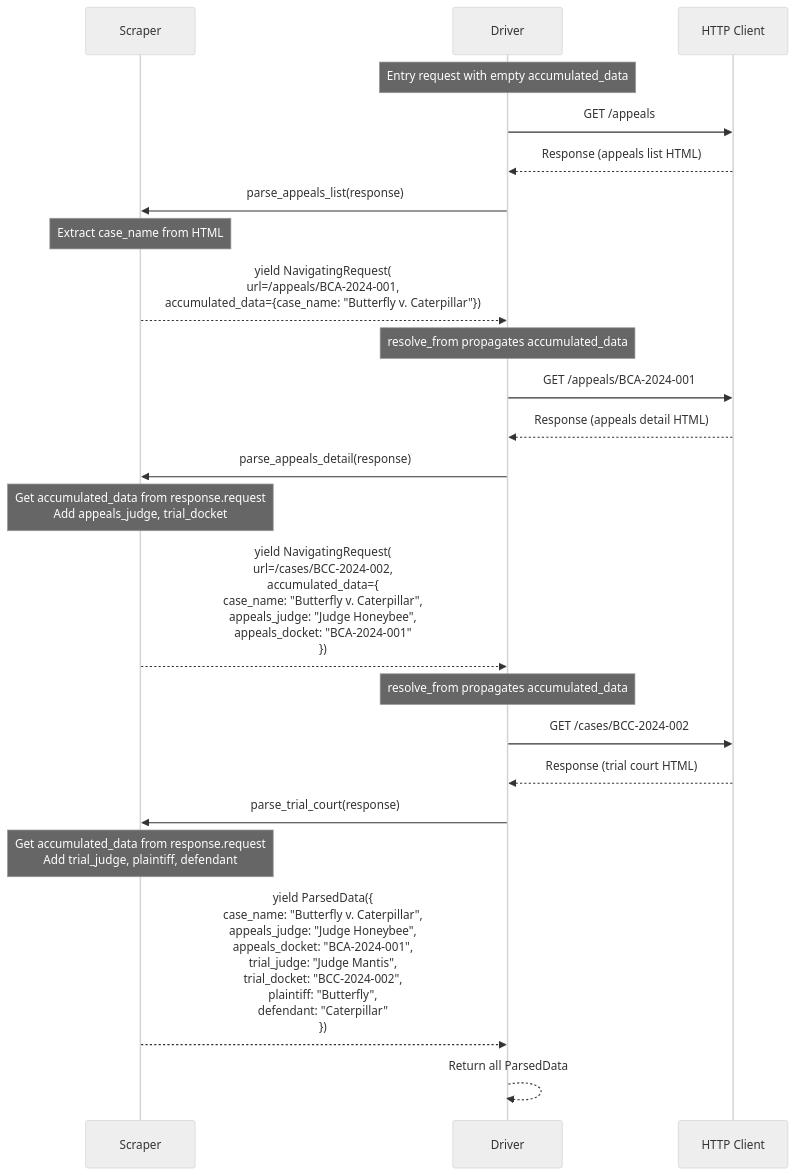
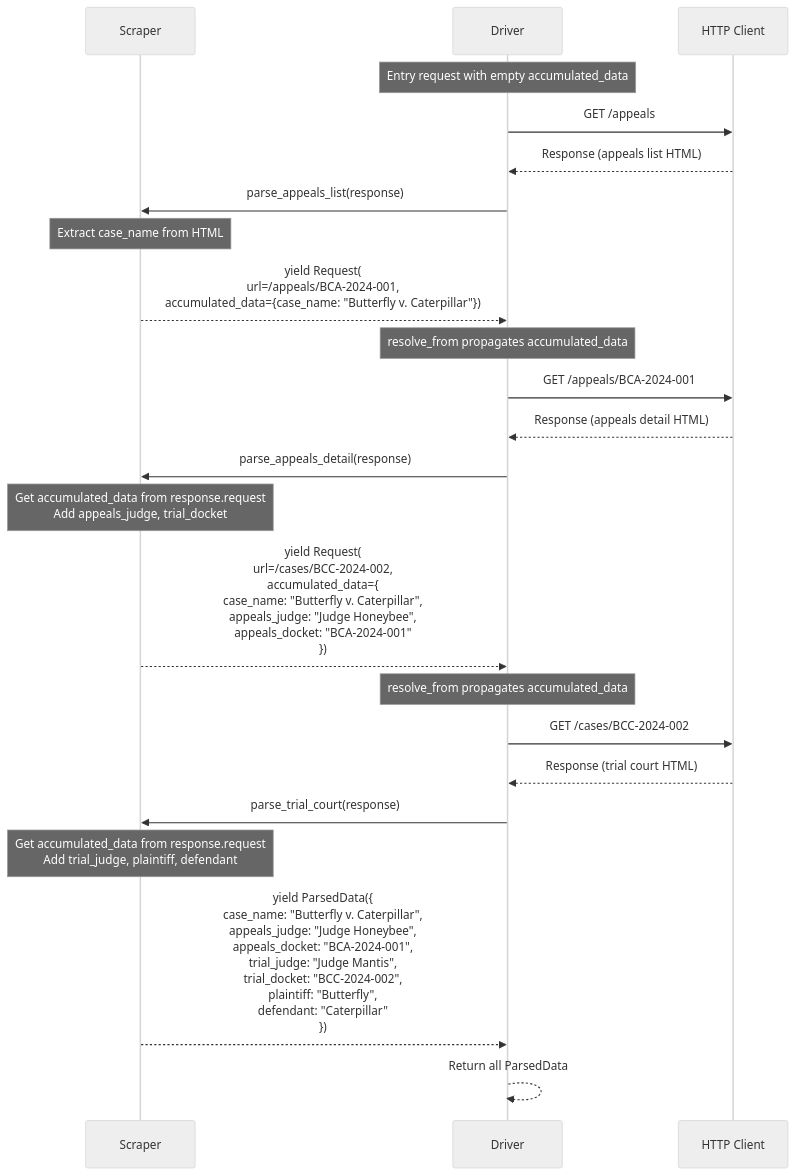
The diagram in docs/source/scraper_driver/design/05_accumulated_data.rst (Brennan-Chesley-FLP/kent), drawn with Mermaid (neutral theme) before and after one commit. The commit also changed other lines of this file and 70 other files, not shown here.

```diff
--- a/docs/source/scraper_driver/design/05_accumulated_data.rst
+++ b/docs/source/scraper_driver/design/05_accumulated_data.rst
@@ -193,32 +193,32 @@
 .. mermaid::
 
     sequenceDiagram
         participant S as Scraper
         participant D as Driver
         participant H as HTTP Client
 
         Note over D: Entry request with empty accumulated_data
 
         D->>H: GET /appeals
         H-->>D: Response (appeals list HTML)
         D->>S: parse_appeals_list(response)
         Note over S: Extract case_name from HTML
-        S-->>D: yield NavigatingRequest(<br/>url=/appeals/BCA-2024-001,<br/>accumulated_data={case_name: "Butterfly v. Caterpillar"})
+        S-->>D: yield Request(<br/>url=/appeals/BCA-2024-001,<br/>accumulated_data={case_name: "Butterfly v. Caterpillar"})
 
         Note over D: resolve_from propagates accumulated_data
 
         D->>H: GET /appeals/BCA-2024-001
         H-->>D: Response (appeals detail HTML)
         D->>S: parse_appeals_detail(response)
         Note over S: Get accumulated_data from response.request<br/>Add appeals_judge, trial_docket
-        S-->>D: yield NavigatingRequest(<br/>url=/cases/BCC-2024-002,<br/>accumulated_data={<br/>  case_name: "Butterfly v. Caterpillar",<br/>  appeals_judge: "Judge Honeybee",<br/>  appeals_docket: "BCA-2024-001"<br/>})
+        S-->>D: yield Request(<br/>url=/cases/BCC-2024-002,<br/>accumulated_data={<br/>  case_name: "Butterfly v. Caterpillar",<br/>  appeals_judge: "Judge Honeybee",<br/>  appeals_docket: "BCA-2024-001"<br/>})
 
         Note over D: resolve_from propagates accumulated_data
 
         D->>H: GET /cases/BCC-2024-002
         H-->>D: Response (trial court HTML)
         D->>S: parse_trial_court(response)
         Note over S: Get accumulated_data from response.request<br/>Add trial_judge, plaintiff, defendant
         S-->>D: yield ParsedData({<br/>  case_name: "Butterfly v. Caterpillar",<br/>  appeals_judge: "Judge Honeybee",<br/>  appeals_docket: "BCA-2024-001",<br/>  trial_judge: "Judge Mantis",<br/>  trial_docket: "BCC-2024-002",<br/>  plaintiff: "Butterfly",<br/>  defendant: "Caterpillar"<br/>})
 
         D-->>D: Return all ParsedData
```
